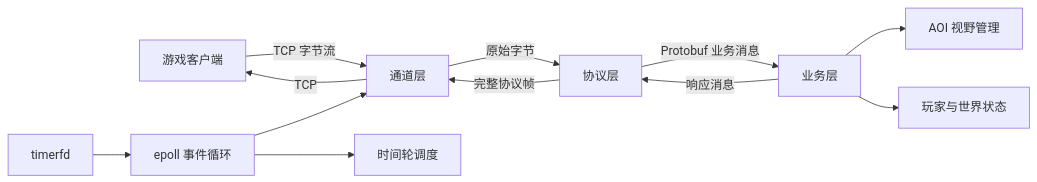
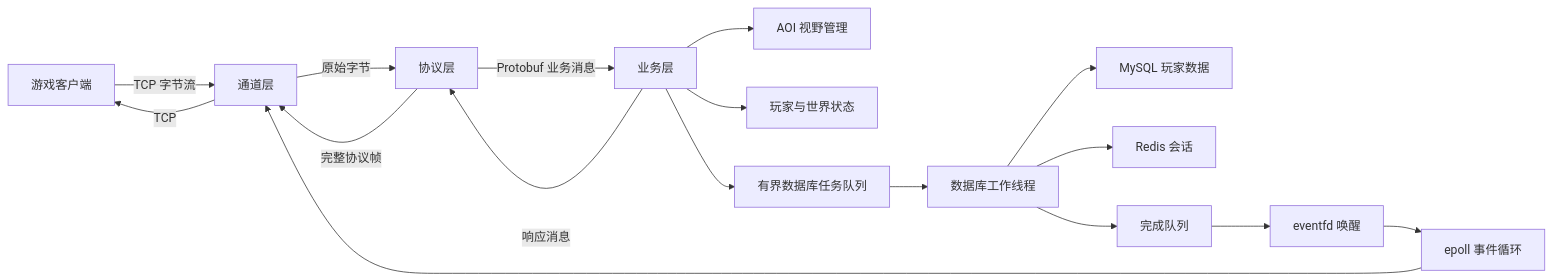
The diagram in README.md (mmaxLxy/cpp-epoll-mmo-server), drawn with Mermaid before and after one commit. The commit also changed other lines of this file and 65 other files, not shown here.

````diff
--- a/README.md
+++ b/README.md
@@ -27,14 +28,19 @@
 ```mermaid
 flowchart LR
     C["游戏客户端"] -->|"TCP 字节流"| CH["通道层"]
     CH -->|"原始字节"| P["协议层"]
     P -->|"Protobuf 业务消息"| G["业务层"]
     G --> A["AOI 视野管理"]
     G --> W["玩家与世界状态"]
-    T["timerfd"] --> E["epoll 事件循环"]
+    DQ["有界数据库任务队列"] --> DW["数据库工作线程"]
+    DW --> MYSQL["MySQL 玩家数据"]
+    DW --> REDIS["Redis 会话"]
+    DW --> CQ["完成队列"]
+    CQ --> FD["eventfd 唤醒"]
+    FD --> E["epoll 事件循环"]
     E --> CH
-    E --> TW["时间轮调度"]
+    G --> DQ
     G -->|"响应消息"| P
     P -->|"完整协议帧"| CH
     CH -->|"TCP"| C
 ```
````
